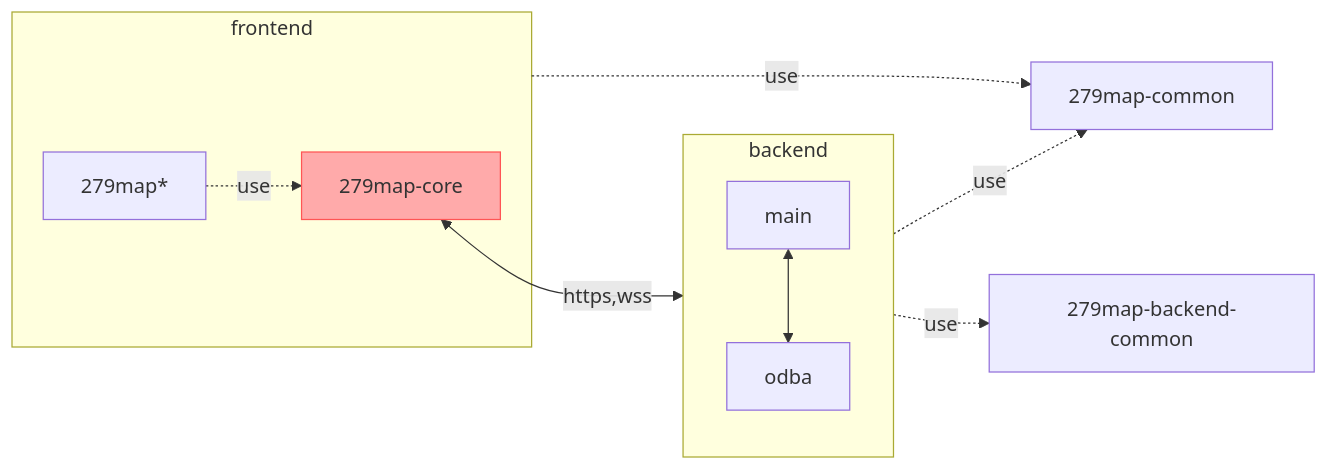
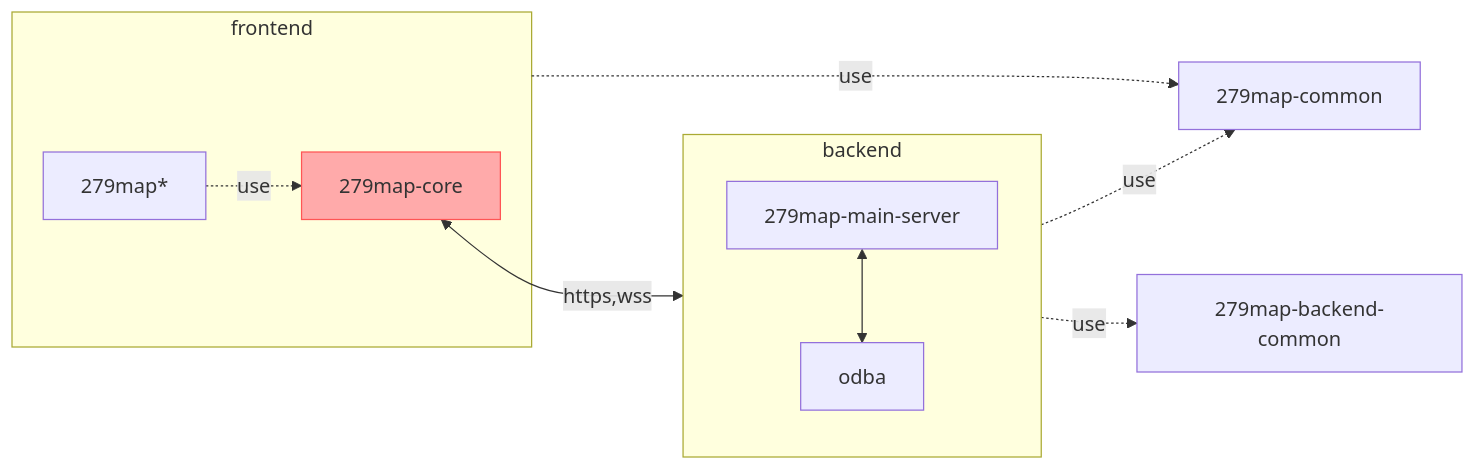
The diagram in README.md (satocheeen/279map), drawn with Mermaid before and after one commit. The commit also changed other lines of this file and 2 other files, not shown here.

````diff
--- a/README.md
+++ b/README.md
@@ -7,17 +7,17 @@
 ```mermaid
 flowchart LR
 	279map-common
 	subgraph frontend
 		279map-core
 		279map[279map*] -. use .-> 279map-core
 	end
 	subgraph backend
 		direction TB
-		main <--> odba
+		279map-main-server <--> odba
     end
 	frontend -. use .-> 279map-common
 	backend -. use .-> 279map-common
 	backend -. use .-> 279map-backend-common
-    279map-core <-- https,wss --> main
+    279map-core <-- https,wss --> 279map-main-server
     style 279map-core fill:#faa, stroke:#f55
 ```
````
